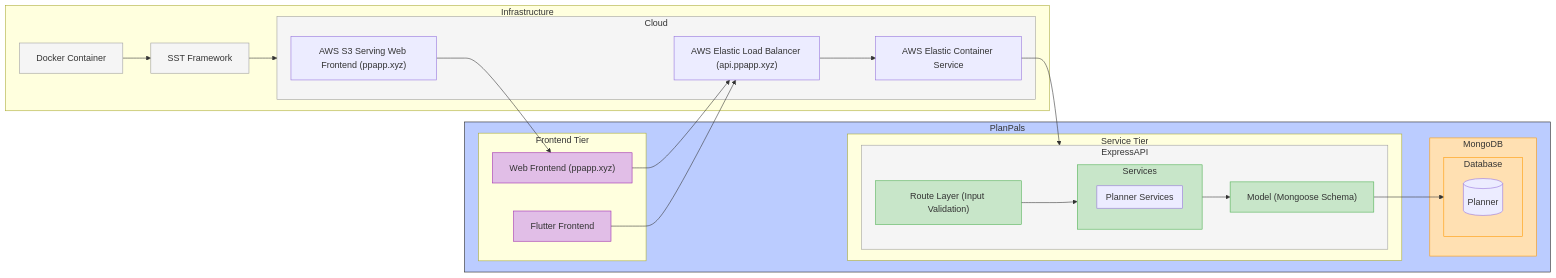
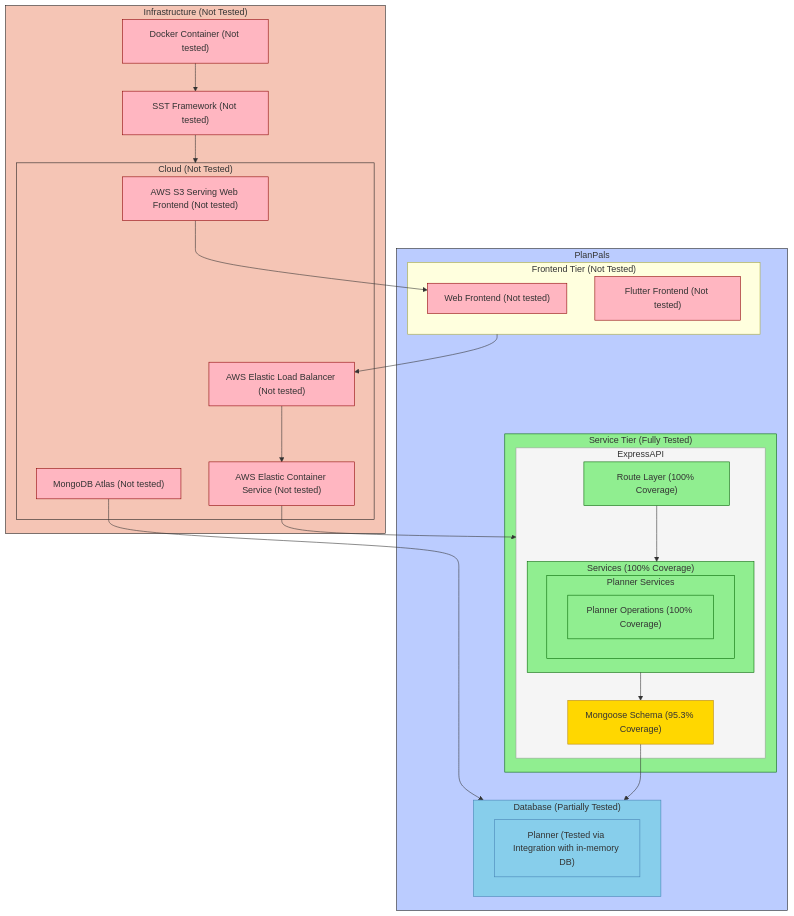
The diagram in docs/sprint2/Worksheet.md (Adrian-Moreira/PlanPals), drawn with Mermaid before and after one commit. The commit also changed other lines of this file and 1 other file, not shown here.

Commit message:
Updated diagrams

````diff
--- a/docs/sprint2/Worksheet.md
+++ b/docs/sprint2/Worksheet.md
@@ -46,62 +47,64 @@
 ```mermaid
-flowchart LR
-    subgraph "Infrastructure"
-        SST["SST Framework"]
-        Docker["Docker Container"]
+flowchart TB
+    subgraph Infra["Infrastructure (Not Tested)"]
+        SST["SST Framework (Not tested)"]
+        Docker["Docker Container (Not tested)"]
         Docker --> SST
         SST --> Cloud
-        subgraph "Cloud"
-            S3["AWS S3 Serving Web Frontend (ppapp.xyz)"]
-            ELB["AWS Elastic Load Balancer (api.ppapp.xyz)"]
-            ECS["AWS Elastic Container Service"]
+        subgraph Cloud["Cloud (Not Tested)"]
+            S3["AWS S3 Serving Web Frontend (Not tested)"]
+            ELB["AWS Elastic Load Balancer (Not tested)"]
+            ECS["AWS Elastic Container Service (Not tested)"]
+            Atlas["MongoDB Atlas (Not tested)"]
             ELB --> ECS
         end
     end
+
     S3 --> Client
     ECS --> ExpressAPI
+
     subgraph "PlanPals"
-        subgraph "Frontend Tier"
-            Frontend["Flutter Frontend"]
-            Client["Web Frontend (ppapp.xyz)"]
+        subgraph FrontendTier["Frontend Tier (Not Tested)"]
+            Frontend["Flutter Frontend (Not tested)"]
+            Client["Web Frontend (Not tested)"]
         end
-        subgraph "Service Tier"
+
+        subgraph SSS["Service Tier (Fully Tested)"]
             subgraph "ExpressAPI"
-                Routes["Route Layer (Input Validation)"]
-                subgraph "Services"
-                    subgraph "Planner Services"
+                Routes["Route Layer (100% Coverage)"]
+                subgraph Services["Services (100% Coverage)"]
+                    subgraph PlannerServices["Planner Services"]
+                        PlannerOps["Planner Operations (100% Coverage)"]
                     end
                 end
-                Models["Model (Mongoose Schema)"]
-                
+                Models["Mongoose Schema (95.3% Coverage)"]
                 Routes --> Services
                 Services --> Models
             end
         end
-        subgraph "MongoDB"
-            subgraph "Database"
-                Planners[(Planner)]
-            end
+
+        subgraph Database["Database (Partially Tested)"]
+            Planners["Planner (Tested via Integration with in-memory DB)"]
         end
     end
 
-    Client --> ELB
-    Frontend --> ELB
+    Atlas --> Database
+    FrontendTier --> ELB
     Models --> Database
-    classDef frontendTier fill:#e1bee7,stroke:#9c27b0
-    classDef apiGateway fill:#bbdefb,stroke:#1976d2
-    classDef serviceTier fill:#c8e6c9,stroke:#4caf50
-    classDef dataTier fill:#ffe0b2,stroke:#ff9800
-    classDef infrastructure fill:#f5f5f5,stroke:#9e9e9e
+
+    classDef fullyCovered fill:#90EE90,stroke:#006400
+    classDef mostlyCovered fill:#FFD700,stroke:#B8860B
+    classDef notTested fill:#FFB6C1,stroke:#8B0000
+    classDef partiallyTested fill:#87CEEB,stroke:#4682B4
+    classDef pp fill:#bbccff,stroke:#1e1e1e
     classDef containers fill:#f5f5f5,stroke:#9e9e9e
     classDef cloud fill:#f5c5b5,stroke:#1e1e1e
-    classDef pp fill:#bbccff,stroke:#1e1e1e
 
-    class Client,Frontend frontendTier
-    class ALB,Gateway apiGateway
-    class Routes,Services,Models,PlannerService serviceTier
-    class MongoDB,Database,Planner dataTier
-    class SST,Docker,Cloud infrastructure
-    class AWS cloud
     class ExpressAPI containers
+    class Infra,Cloud cloud
+    class Client,Frontend,S3,ELB,ECS,SST,Docker,Atlas notTested
+    class Routes,Services,PlannerOps,PlannerServices,SSS fullyCovered
+    class Models mostlyCovered
+    class Planners,Database partiallyTested
     class PlanPals pp
 ```
````
